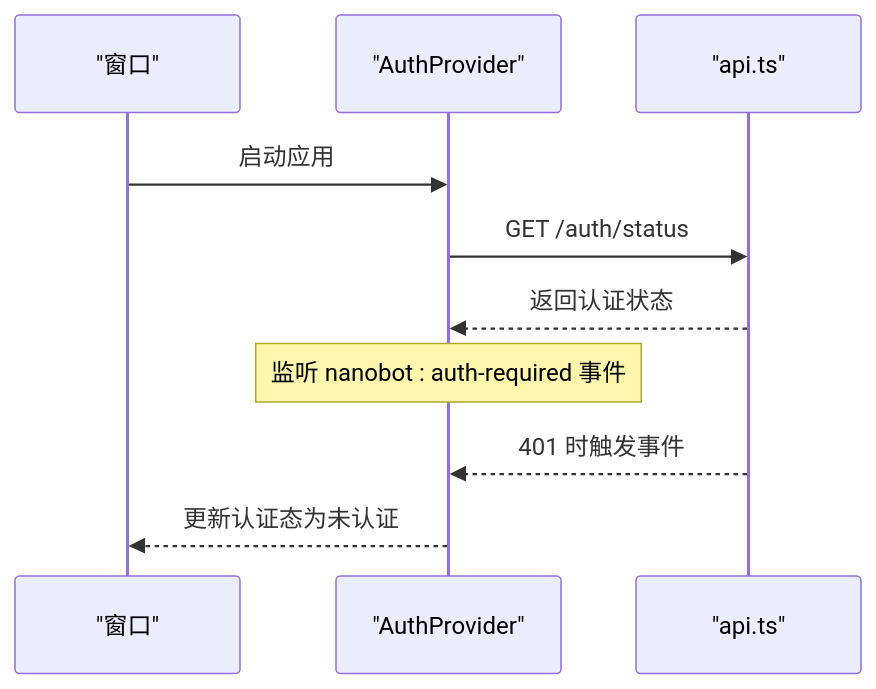
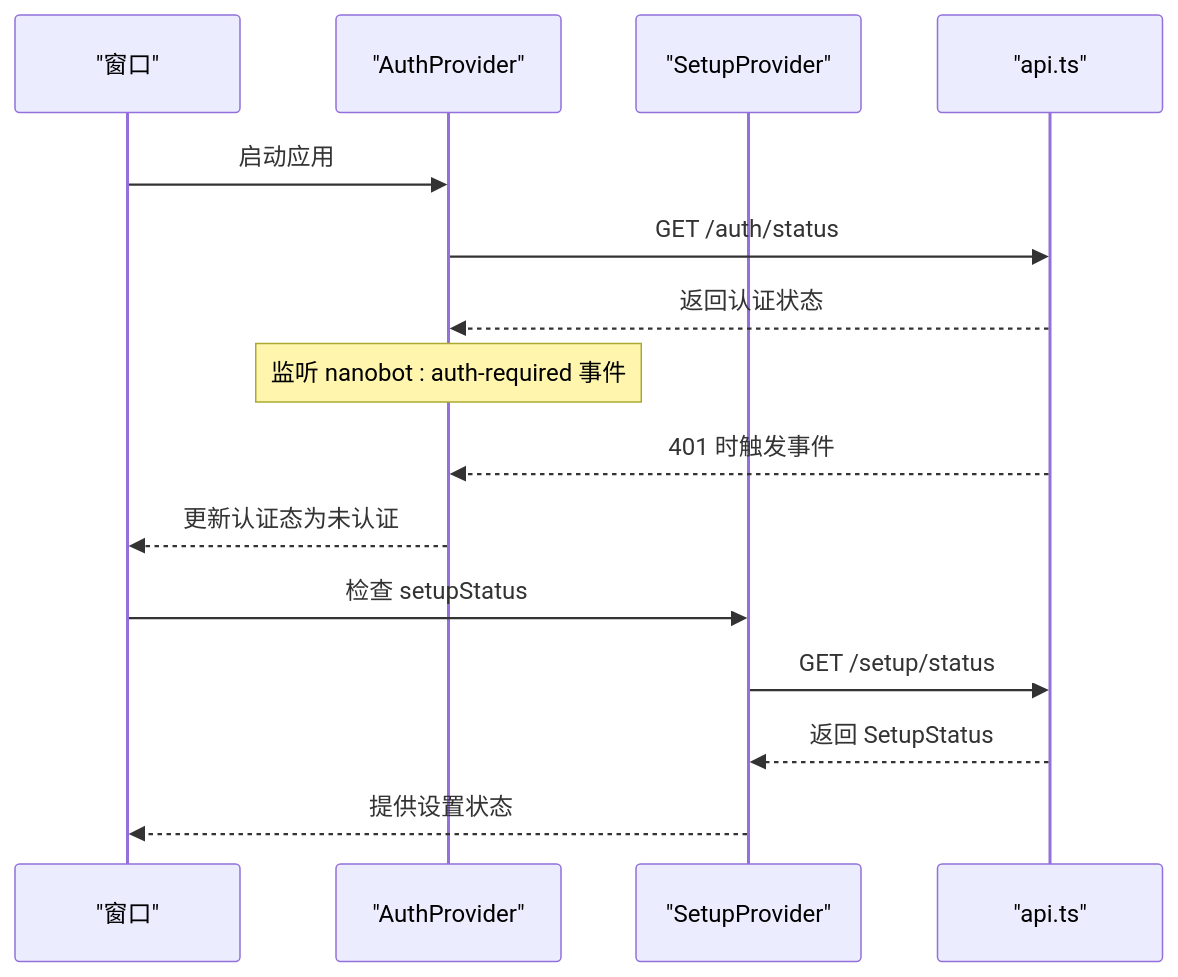
Before and after one commit to 757607106/nanobot: the eighth of 9 diagrams in .qoder/repowiki/zh/content/Web 界面/Web 界面.md, drawn with Mermaid. The commit also changed other lines of this file and 60 other files, not shown here.

````diff
--- a/.qoder/repowiki/zh/content/Web 界面/Web 界面.md
+++ b/.qoder/repowiki/zh/content/Web 界面/Web 界面.md
@@ -283,12 +343,17 @@
 ```mermaid
 sequenceDiagram
 participant W as "窗口"
 participant AU as "AuthProvider"
+participant SU as "SetupProvider"
 participant API as "api.ts"
 W->>AU : 启动应用
 AU->>API : GET /auth/status
 API-->>AU : 返回认证状态
 Note over AU : 监听 nanobot : auth-required 事件
 API-->>AU : 401 时触发事件
 AU-->>W : 更新认证态为未认证
+W->>SU : 检查 setupStatus
+SU->>API : GET /setup/status
+API-->>SU : 返回 SetupStatus
+SU-->>W : 提供设置状态
 ```
````
